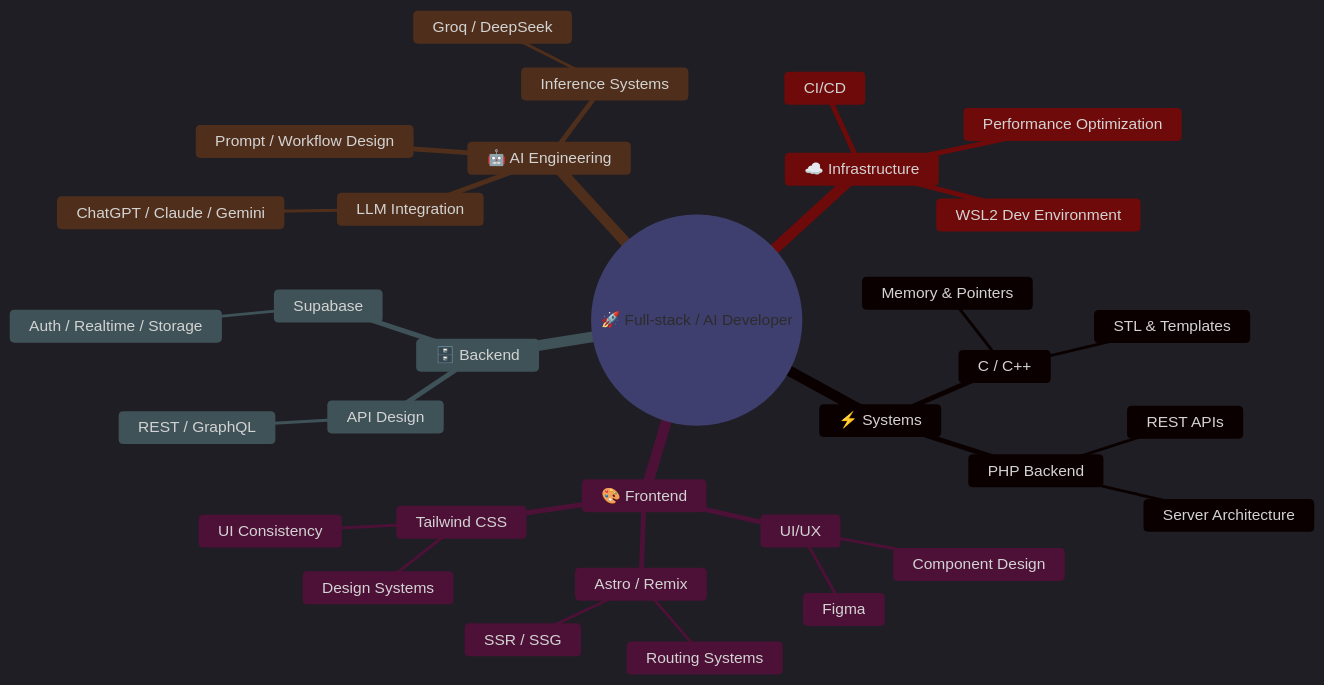
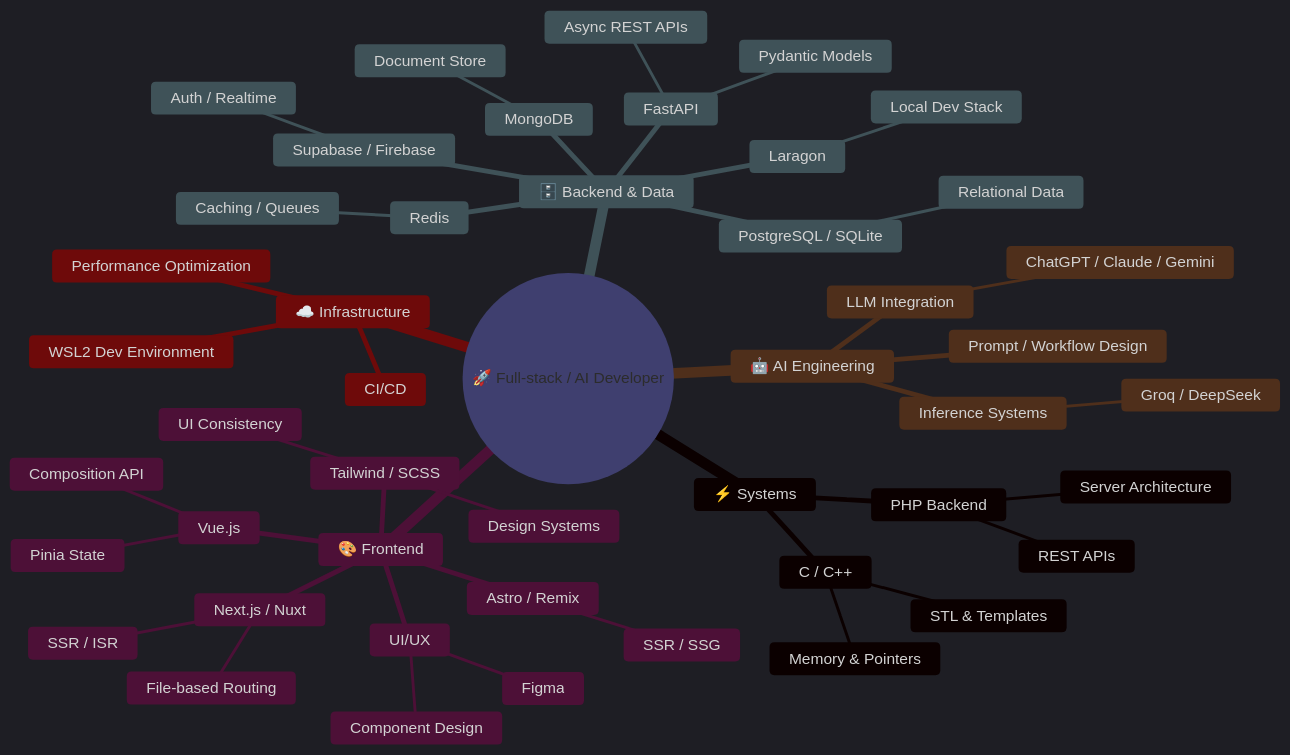
One commit to NgoHuuLoc0612/NgoHuuLoc0612 changed the diagram in README.md. Above: the diagram before and after it, drawn with Mermaid. The commit also changed other lines of this file, not shown here.

Commit message:
Enhance README with new skills and technologies
Updated skill percentages and added new technologies to the README.

````diff
--- a/README.md
+++ b/README.md
@@ -202,41 +217,55 @@
 ```mermaid
 %%{init: {"theme": "dark", "themeVariables": {"primaryColor": "#0a3d62", "primaryTextColor": "#00d4ff", "primaryBorderColor": "#00d4ff", "lineColor": "#00d4ff", "secondaryColor": "#1a1a2e", "tertiaryColor": "#16213e"}}}%%
 mindmap
   root((🚀 Full-stack / AI Developer))
     ⚡ Systems
       C / C++
         Memory & Pointers
         STL & Templates
       PHP Backend
         REST APIs
         Server Architecture
 
     🎨 Frontend
       Astro / Remix
         SSR / SSG
-        Routing Systems
-      Tailwind CSS
+      Next.js / Nuxt
+        SSR / ISR
+        File-based Routing
+      Vue.js
+        Composition API
+        Pinia State
+      Tailwind / SCSS
         Design Systems
         UI Consistency
       UI/UX
         Figma
         Component Design
 
-    🗄️ Backend
-      API Design
-        REST / GraphQL
-      Supabase
-        Auth / Realtime / Storage
+    🗄️ Backend & Data
+      FastAPI
+        Async REST APIs
+        Pydantic Models
+      Supabase / Firebase
+        Auth / Realtime
+      PostgreSQL / SQLite
+        Relational Data
+      MongoDB
+        Document Store
+      Redis
+        Caching / Queues
+      Laragon
+        Local Dev Stack
 
     🤖 AI Engineering
       LLM Integration
         ChatGPT / Claude / Gemini
       Inference Systems
         Groq / DeepSeek
       Prompt / Workflow Design
 
     ☁️ Infrastructure
       CI/CD
       Performance Optimization
       WSL2 Dev Environment
 ```
````
